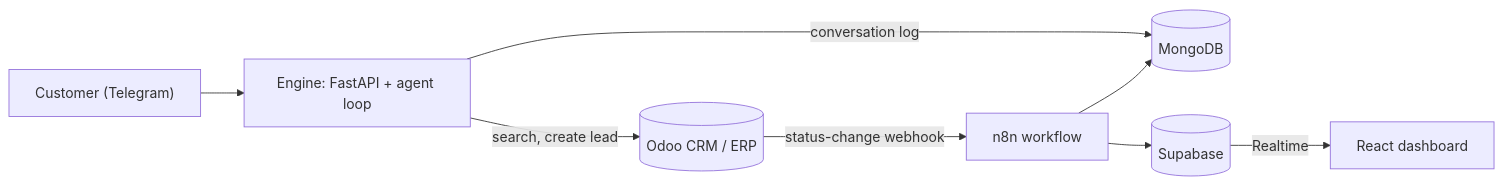
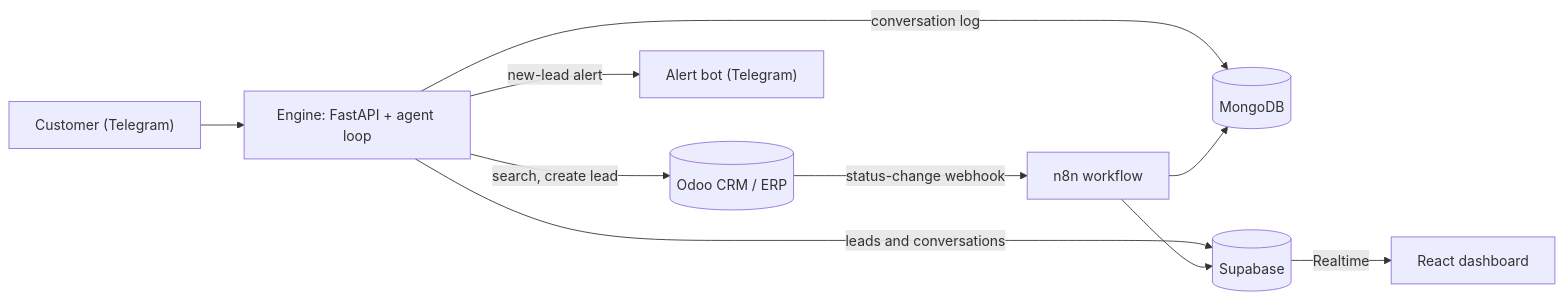
The diagram in README.md (bejad21/leadgate), drawn with Mermaid before and after one commit. The commit also changed other lines of this file and 5 other files, not shown here.

Commit message:
docs: lead alert, Leads tab, privacy model, setup steps and a 61-second demo

````diff
--- a/README.md
+++ b/README.md
@@ -17,10 +23,12 @@
 ```mermaid
 flowchart LR
     Customer["Customer (Telegram)"] --> Engine["Engine: FastAPI + agent loop"]
     Engine -->|"search, create lead"| Odoo[("Odoo CRM / ERP")]
     Engine -->|"conversation log"| Mongo[("MongoDB")]
+    Engine -->|"leads and conversations"| Supa
+    Engine -->|"new-lead alert"| Alerts["Alert bot (Telegram)"]
     Odoo -->|"status-change webhook"| N8N["n8n workflow"]
     N8N --> Supa[("Supabase")]
     N8N --> Mongo
     Supa -->|"Realtime"| Dash["React dashboard"]
 ```
````
